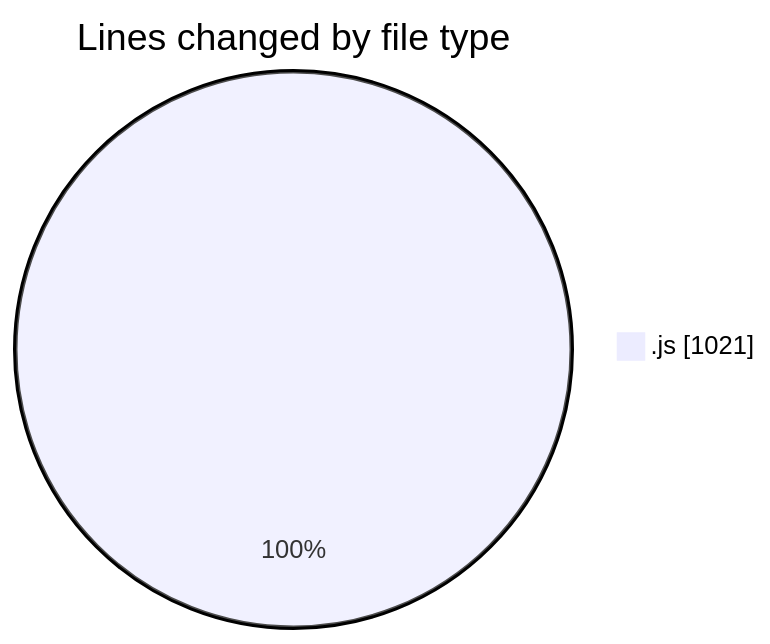
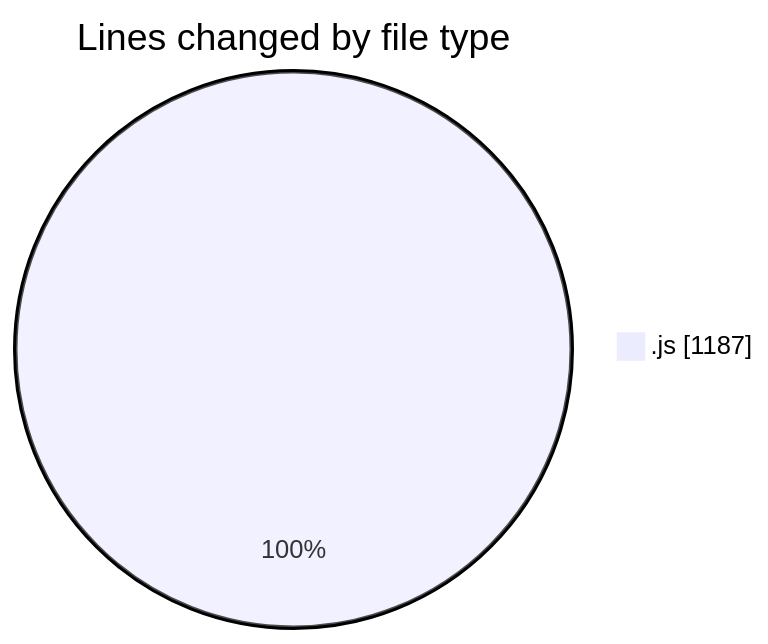
One commit to nxtqubesakshisongat/code-tracking changed the first of 2 diagrams in 2025-09-08/cashcalculator/README.md. Above: the diagram before and after it, drawn with Mermaid. The commit also changed other lines of this file and 1 other file, not shown here.

````diff
--- a/2025-09-08/cashcalculator/README.md
+++ b/2025-09-08/cashcalculator/README.md
@@ -20,5 +20,5 @@
 ```mermaid
 pie showData
 title Lines changed by file type
-".js" : 1021
+".js" : 1187
 ```
````
